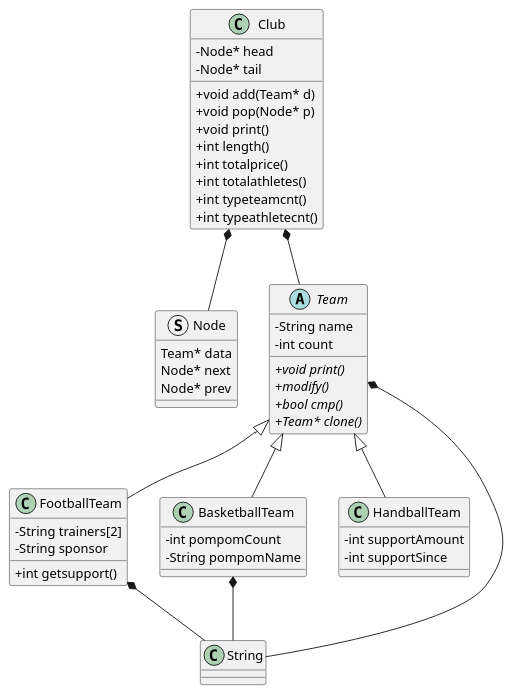
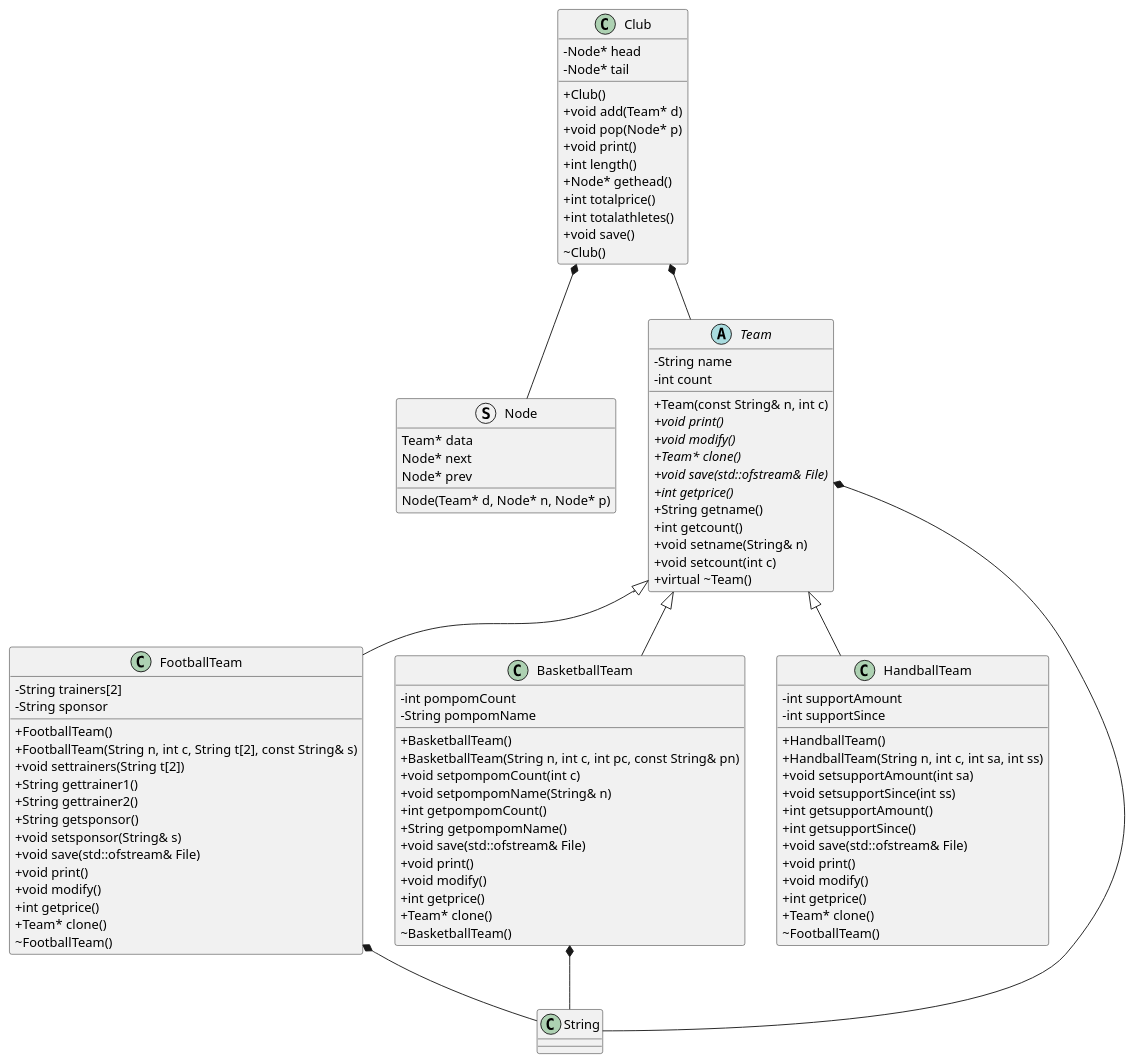
The diagram in Docs/Classes.puml (LeventeTarsoly/NHF2_Sportegyesulet), drawn with PlantUML before and after one commit. The commit also changed 41 other files, not shown here.

```diff
--- a/Docs/Classes.puml
+++ b/Docs/Classes.puml
@@ -1,58 +1,104 @@
 @startuml
 skinparam classAttributeIconSize 0
 
 struct Node{
 Team* data
 Node* next
 Node* prev
+Node(Team* d, Node* n, Node* p)
 }
 
 
 abstract class Team {
 -String name
 -int count
++Team(const String& n, int c)
 +{abstract} void print()
-+{abstract} modify()
-+{abstract} bool cmp()
++{abstract} void modify()
 +{abstract} Team* clone()
++{abstract} void save(std::ofstream& File)
++{abstract} int getprice()
++String getname()
++int getcount()
++void setname(String& n)
++void setcount(int c)
++virtual ~Team()
 }
 
 class Club{
 -Node* head
 -Node* tail
++Club()
 +void add(Team* d)
 +void pop(Node* p)
 +void print()
 +int length()
++Node* gethead()
 +int totalprice()
 +int totalathletes()
-+int typeteamcnt()
-+int typeathletecnt()
++void save()
+~Club()
 }
 
 class FootballTeam{
 -String trainers[2]
 -String sponsor
-+int getsupport()
++FootballTeam()
++FootballTeam(String n, int c, String t[2], const String& s)
++void settrainers(String t[2])
++String gettrainer1()
++String gettrainer2()
++String getsponsor()
++void setsponsor(String& s)
++void save(std::ofstream& File)
++void print()
++void modify()
++int getprice()
++Team* clone()
+~FootballTeam()
 }
 
 class BasketballTeam{
 -int pompomCount
 -String pompomName
++BasketballTeam()
++BasketballTeam(String n, int c, int pc, const String& pn)
++void setpompomCount(int c)
++void setpompomName(String& n)
++int getpompomCount()
++String getpompomName()
++void save(std::ofstream& File)
++void print()
++void modify()
++int getprice()
++Team* clone()
+~BasketballTeam()
 }
 
 class HandballTeam{
 -int supportAmount
 -int supportSince
++HandballTeam()
++HandballTeam(String n, int c, int sa, int ss)
++void setsupportAmount(int sa)
++void setsupportSince(int ss)
++int getsupportAmount()
++int getsupportSince()
++void save(std::ofstream& File)
++void print()
++void modify()
++int getprice()
++Team* clone()
+~FootballTeam()
 }
 
 Club *-- Team
 Club *-- Node
 Team <|-- FootballTeam
 Team <|-- BasketballTeam
 Team <|--HandballTeam
 FootballTeam *-- String
 BasketballTeam *-- String
 Team *-- String
 
 @enduml
```
